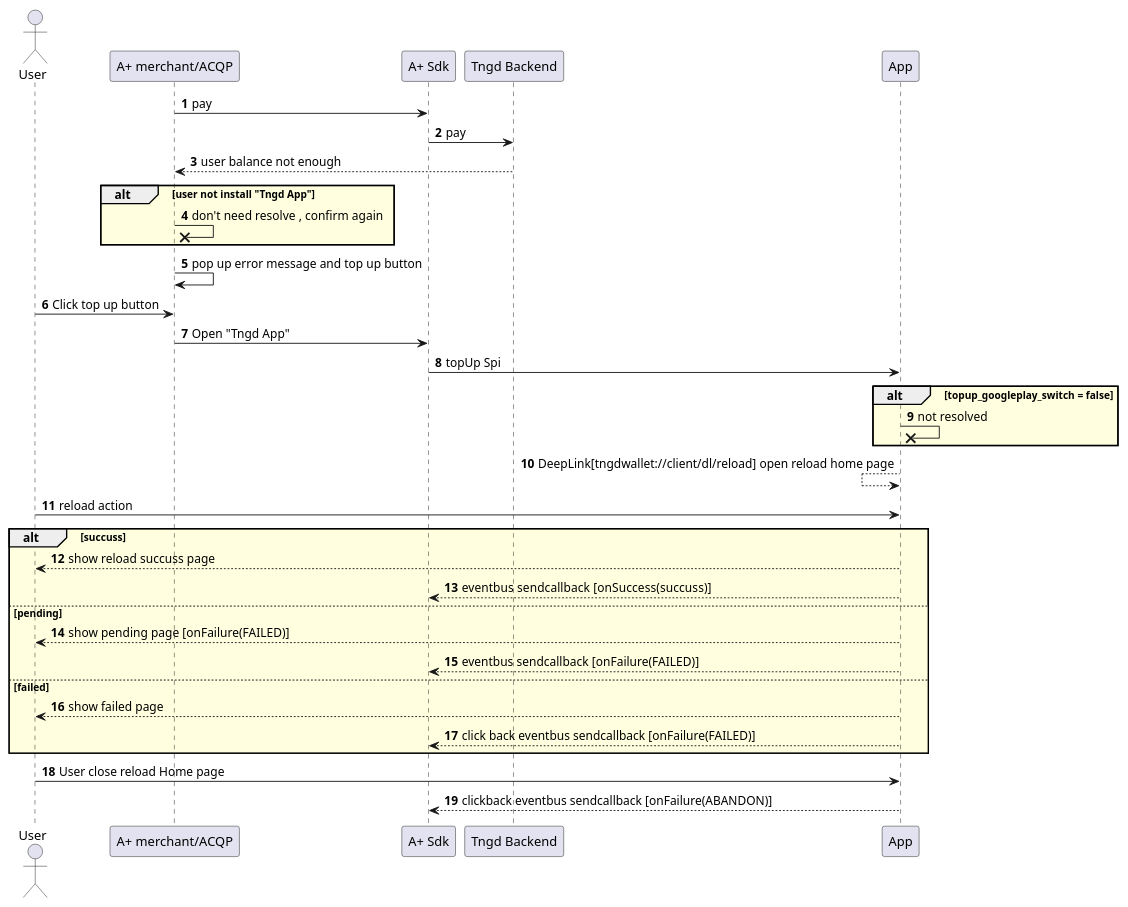
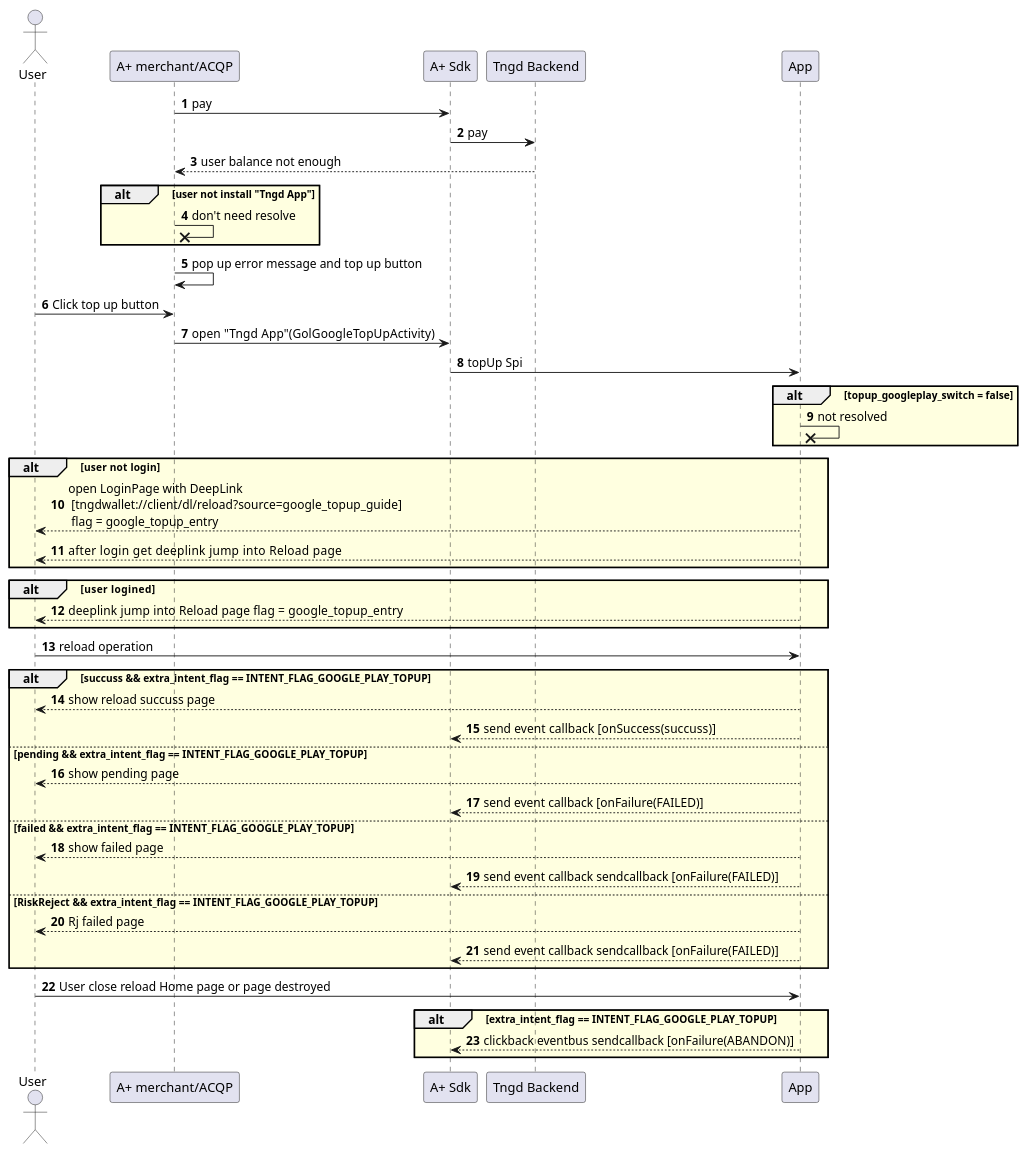
One commit to BlogForMe/ankotlin changed the diagram in app/src/main/java/com/uml/sequence/GoogleTopUp.puml. Above: the diagram before and after it, drawn with PlantUML. The commit also changed 7 other files, not shown here.

```diff
--- a/app/src/main/java/com/uml/sequence/GoogleTopUp.puml
+++ b/app/src/main/java/com/uml/sequence/GoogleTopUp.puml
@@ -1,39 +1,55 @@
 @startuml
 'https://plantuml.com/sequence-diagram
 
 
 actor USER as "User"
 participant AMerchant as "A+ merchant/ACQP"
 participant ASDK as "A+ Sdk"
 participant backend as "Tngd Backend"
 participant App as "App"
 autonumber
  AMerchant -> ASDK : pay
  ASDK -> backend : pay
  AMerchant <-- backend : user balance not enough
  alt #lightyellow user not install "Tngd App"
- AMerchant ->x AMerchant: don't need resolve , confirm again
+ AMerchant ->x AMerchant: don't need resolve
  end
  AMerchant -> AMerchant : pop up error message and top up button
  USER -> AMerchant : Click top up button
- AMerchant -> ASDK : Open "Tngd App"
+ AMerchant -> ASDK : open  "Tngd App"(GolGoogleTopUpActivity)
  ASDK -> App : topUp Spi
  alt #lightyellow topup_googleplay_switch = false
  App ->x App : not resolved
  end
- App <-- App : DeepLink[tngdwallet://client/dl/reload] open reload home page
- USER -> App : reload action
- alt #lightyellow succuss
+ alt #lightyellow  user not  login
+ USER <-- App : open LoginPage with DeepLink \n [tngdwallet://client/dl/reload?source=google_topup_guide] \n flag = google_topup_entry
+ USER <-- App: after login  get  deeplink   jump into Reload page
+ end
+
+ alt #lightyellow  user   logined
+ USER <-- App: deeplink   jump into Reload page flag = google_topup_entry
+ end
+ USER -> App : reload operation
+
+ alt #lightyellow succuss && extra_intent_flag == INTENT_FLAG_GOOGLE_PLAY_TOPUP
  USER <-- App :  show reload succuss page
- ASDK <-- App :  eventbus sendcallback  [onSuccess(succuss)]
- else pending
-  USER <-- App : show pending page [onFailure(FAILED)]
-  ASDK <-- App :eventbus sendcallback [onFailure(FAILED)]
- else failed
+ ASDK <-- App :  send event callback  [onSuccess(succuss)]
+ else pending && extra_intent_flag == INTENT_FLAG_GOOGLE_PLAY_TOPUP
+  USER <-- App : show pending page
+  ASDK <-- App : send event callback [onFailure(FAILED)]
+ else failed && extra_intent_flag == INTENT_FLAG_GOOGLE_PLAY_TOPUP
   USER <-- App : show failed page
-  ASDK <-- App : click back eventbus sendcallback [onFailure(FAILED)]
+  ASDK <-- App : send event callback sendcallback [onFailure(FAILED)]
+  else RiskReject && extra_intent_flag == INTENT_FLAG_GOOGLE_PLAY_TOPUP
+  USER <-- App : Rj failed page
+  ASDK <-- App : send event callback sendcallback [onFailure(FAILED)]
  end
- USER -> App : User close reload Home page
+ USER -> App : User close reload Home page or page destroyed
+ alt #lightyellow  extra_intent_flag == INTENT_FLAG_GOOGLE_PLAY_TOPUP
  ASDK <-- App : clickback eventbus sendcallback [onFailure(ABANDON)]
+ end
+
+
+
 
 @enduml
```
